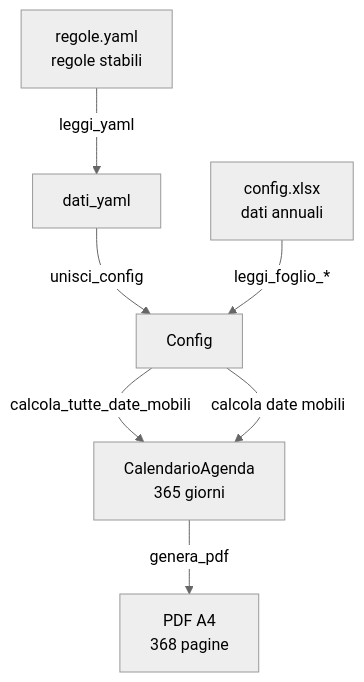
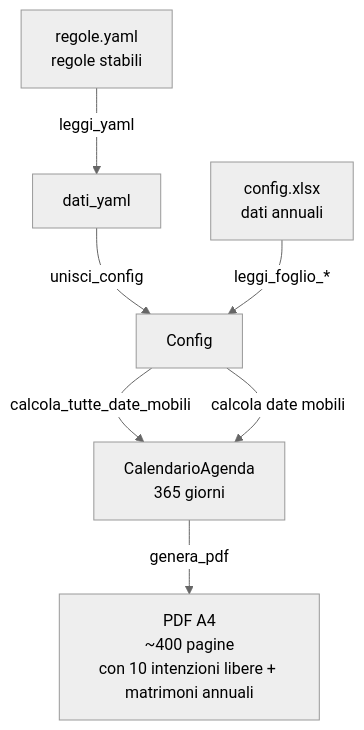
One commit to hac114/agenda-parrocchiale changed the diagram in docs/ARCHITETTURA.md. Above: the diagram before and after it, drawn with Mermaid (neutral theme). The commit also changed other lines of this file and 16 other files, not shown here.

Commit message:
Layout PDF v2: intenzioni libere, rilegatura 30/30, tabelle matrimoni annuali

````diff
--- a/docs/ARCHITETTURA.md
+++ b/docs/ARCHITETTURA.md
@@ -49,9 +49,9 @@
 ```mermaid
 flowchart TD
     A[regole.yaml<br/>regole stabili] -->|leggi_yaml| B[dati_yaml]
     B -->|unisci_config| C[Config]
     D[config.xlsx<br/>dati annuali] -->|leggi_foglio_*| C
     C -->|calcola_tutte_date_mobili| E[CalendarioAgenda<br/>365 giorni]
     C -->|calcola date mobili| E
-    E -->|genera_pdf| F[PDF A4<br/>368 pagine]
+    E -->|genera_pdf| F[PDF A4<br/>~400 pagine<br/>con 10 intenzioni libere + matrimoni annuali]
 ```
````
